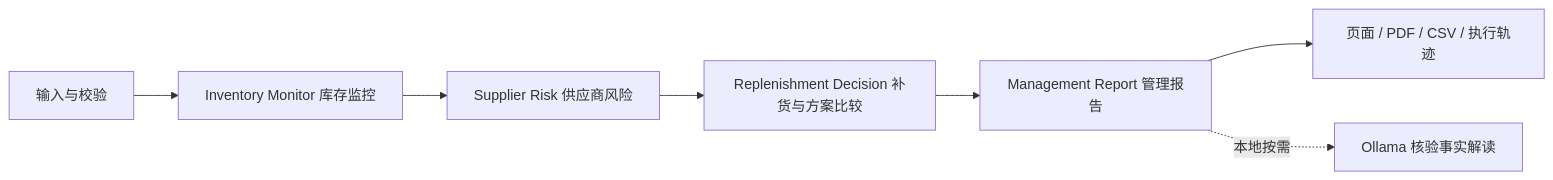
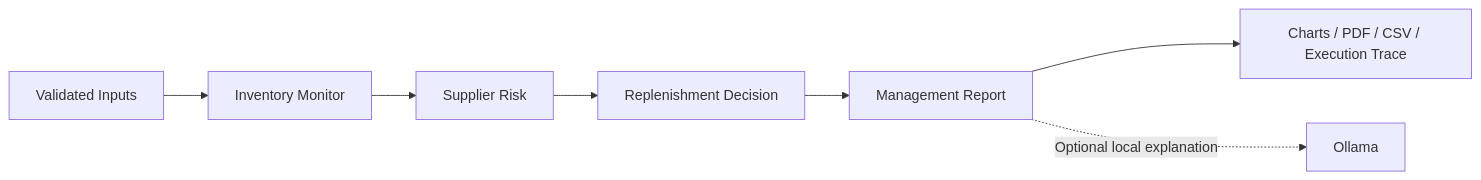
One commit to youxing-han/AutoSupply-Copilot changed the diagram in README.md. Above: the diagram before and after it, drawn with Mermaid. The commit also changed other lines of this file and 13 other files, not shown here.

````diff
--- a/README.md
+++ b/README.md
@@ -95,9 +76,9 @@
 ```mermaid
 flowchart LR
-    I[输入与校验] --> A[Inventory Monitor 库存监控]
-    A --> B[Supplier Risk 供应商风险]
-    B --> C[Replenishment Decision 补货与方案比较]
-    C --> D[Management Report 管理报告]
-    D --> E[页面 / PDF / CSV / 执行轨迹]
-    D -. 本地按需 .-> F[Ollama 核验事实解读]
+    I[Validated Inputs] --> A[Inventory Monitor]
+    A --> B[Supplier Risk]
+    B --> C[Replenishment Decision]
+    C --> D[Management Report]
+    D --> E[Charts / PDF / CSV / Execution Trace]
+    D -. Optional local explanation .-> F[Ollama]
 ```
````
